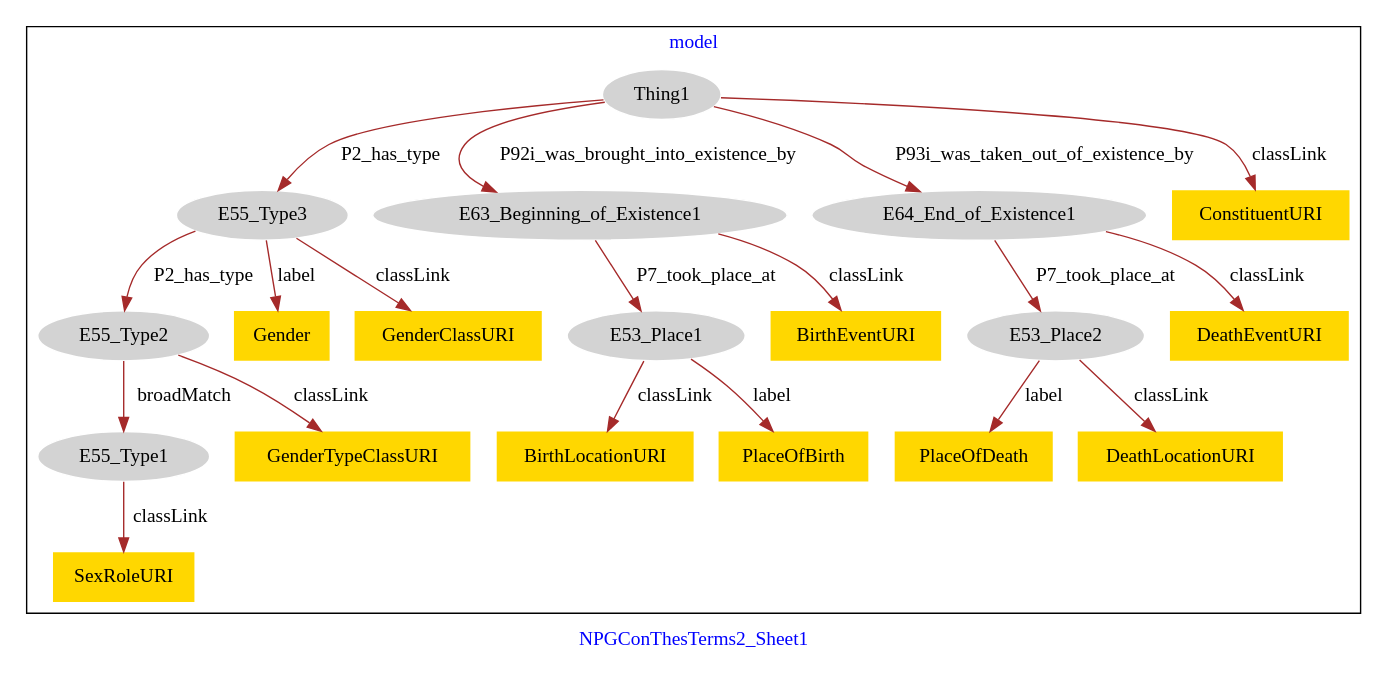
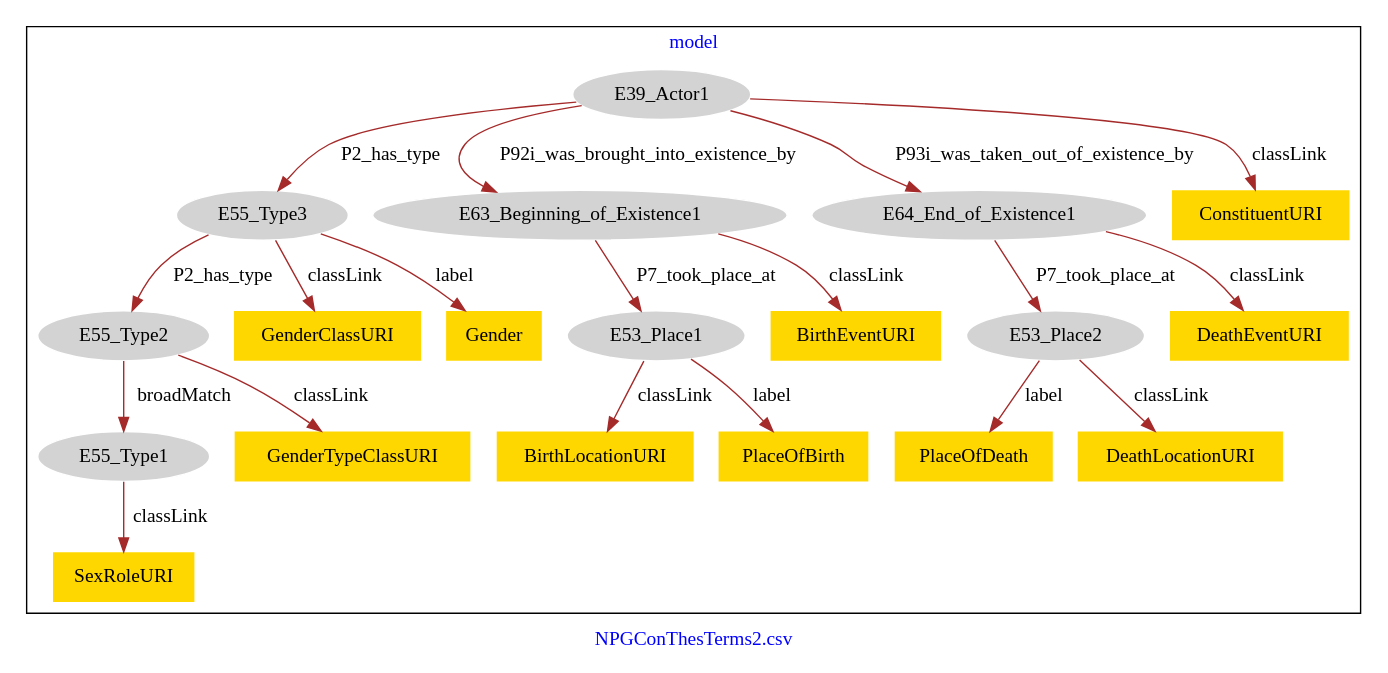
The diagram in NPGConThesTerms/NPGConThesTerms2-model.dot (american-art/npg), drawn with Graphviz before and after one commit.

Commit message:
Update file NPGConThesTerms2-model.dot

```diff
--- a/NPGConThesTerms/NPGConThesTerms2-model.dot
+++ b/NPGConThesTerms/NPGConThesTerms2-model.dot
@@ -1,45 +1,45 @@
 digraph n0 {
 fontcolor="blue"
 remincross="true"
-label="NPGConThesTerms2_Sheet1"
+label="NPGConThesTerms2.csv"
 subgraph cluster {
 label="model"
-n2[style="filled",color="white",fillcolor="lightgray",label="E55_Type2"];
-n3[style="filled",color="white",fillcolor="lightgray",label="E55_Type1"];
-n4[style="filled",color="white",fillcolor="lightgray",label="E55_Type3"];
-n5[style="filled",color="white",fillcolor="lightgray",label="E63_Beginning_of_Existence1"];
-n6[style="filled",color="white",fillcolor="lightgray",label="E53_Place1"];
-n7[style="filled",color="white",fillcolor="lightgray",label="E64_End_of_Existence1"];
-n8[style="filled",color="white",fillcolor="lightgray",label="E53_Place2"];
-n9[style="filled",color="white",fillcolor="lightgray",label="Thing1"];
+n2[style="filled",color="white",fillcolor="lightgray",label="E39_Actor1"];
+n3[style="filled",color="white",fillcolor="lightgray",label="E55_Type3"];
+n4[style="filled",color="white",fillcolor="lightgray",label="E63_Beginning_of_Existence1"];
+n5[style="filled",color="white",fillcolor="lightgray",label="E64_End_of_Existence1"];
+n6[style="filled",color="white",fillcolor="lightgray",label="E55_Type2"];
+n7[style="filled",color="white",fillcolor="lightgray",label="E55_Type1"];
+n8[style="filled",color="white",fillcolor="lightgray",label="E53_Place1"];
+n9[style="filled",color="white",fillcolor="lightgray",label="E53_Place2"];
 n10[shape="plaintext",style="filled",fillcolor="gold",label="GenderTypeClassURI"];
-n11[shape="plaintext",style="filled",fillcolor="gold",label="DeathEventURI"];
-n12[shape="plaintext",style="filled",fillcolor="gold",label="PlaceOfDeath"];
-n13[shape="plaintext",style="filled",fillcolor="gold",label="Gender"];
-n14[shape="plaintext",style="filled",fillcolor="gold",label="DeathLocationURI"];
-n15[shape="plaintext",style="filled",fillcolor="gold",label="BirthLocationURI"];
+n11[shape="plaintext",style="filled",fillcolor="gold",label="BirthEventURI"];
+n12[shape="plaintext",style="filled",fillcolor="gold",label="BirthLocationURI"];
+n13[shape="plaintext",style="filled",fillcolor="gold",label="DeathEventURI"];
+n14[shape="plaintext",style="filled",fillcolor="gold",label="PlaceOfDeath"];
+n15[shape="plaintext",style="filled",fillcolor="gold",label="GenderClassURI"];
 n16[shape="plaintext",style="filled",fillcolor="gold",label="PlaceOfBirth"];
-n17[shape="plaintext",style="filled",fillcolor="gold",label="ConstituentURI"];
-n18[shape="plaintext",style="filled",fillcolor="gold",label="SexRoleURI"];
-n19[shape="plaintext",style="filled",fillcolor="gold",label="GenderClassURI"];
-n20[shape="plaintext",style="filled",fillcolor="gold",label="BirthEventURI"];
+n17[shape="plaintext",style="filled",fillcolor="gold",label="DeathLocationURI"];
+n18[shape="plaintext",style="filled",fillcolor="gold",label="ConstituentURI"];
+n19[shape="plaintext",style="filled",fillcolor="gold",label="Gender"];
+n20[shape="plaintext",style="filled",fillcolor="gold",label="SexRoleURI"];
 }
-n2 -> n3[color="brown",fontcolor="black",label="broadMatch"]
-n4 -> n2[color="brown",fontcolor="black",label="P2_has_type"]
-n5 -> n6[color="brown",fontcolor="black",label="P7_took_place_at"]
-n7 -> n8[color="brown",fontcolor="black",label="P7_took_place_at"]
-n9 -> n4[color="brown",fontcolor="black",label="P2_has_type"]
-n9 -> n5[color="brown",fontcolor="black",label="P92i_was_brought_into_existence_by"]
-n9 -> n7[color="brown",fontcolor="black",label="P93i_was_taken_out_of_existence_by"]
-n2 -> n10[color="brown",fontcolor="black",label="classLink"]
-n7 -> n11[color="brown",fontcolor="black",label="classLink"]
-n8 -> n12[color="brown",fontcolor="black",label="label"]
-n4 -> n13[color="brown",fontcolor="black",label="label"]
-n8 -> n14[color="brown",fontcolor="black",label="classLink"]
-n6 -> n15[color="brown",fontcolor="black",label="classLink"]
-n6 -> n16[color="brown",fontcolor="black",label="label"]
+n2 -> n3[color="brown",fontcolor="black",label="P2_has_type"]
+n2 -> n4[color="brown",fontcolor="black",label="P92i_was_brought_into_existence_by"]
+n2 -> n5[color="brown",fontcolor="black",label="P93i_was_taken_out_of_existence_by"]
+n6 -> n7[color="brown",fontcolor="black",label="broadMatch"]
+n3 -> n6[color="brown",fontcolor="black",label="P2_has_type"]
+n4 -> n8[color="brown",fontcolor="black",label="P7_took_place_at"]
+n5 -> n9[color="brown",fontcolor="black",label="P7_took_place_at"]
+n6 -> n10[color="brown",fontcolor="black",label="classLink"]
+n4 -> n11[color="brown",fontcolor="black",label="classLink"]
+n8 -> n12[color="brown",fontcolor="black",label="classLink"]
+n5 -> n13[color="brown",fontcolor="black",label="classLink"]
+n9 -> n14[color="brown",fontcolor="black",label="label"]
+n3 -> n15[color="brown",fontcolor="black",label="classLink"]
+n8 -> n16[color="brown",fontcolor="black",label="label"]
 n9 -> n17[color="brown",fontcolor="black",label="classLink"]
-n3 -> n18[color="brown",fontcolor="black",label="classLink"]
-n4 -> n19[color="brown",fontcolor="black",label="classLink"]
-n5 -> n20[color="brown",fontcolor="black",label="classLink"]
+n2 -> n18[color="brown",fontcolor="black",label="classLink"]
+n3 -> n19[color="brown",fontcolor="black",label="label"]
+n7 -> n20[color="brown",fontcolor="black",label="classLink"]
 }
```
